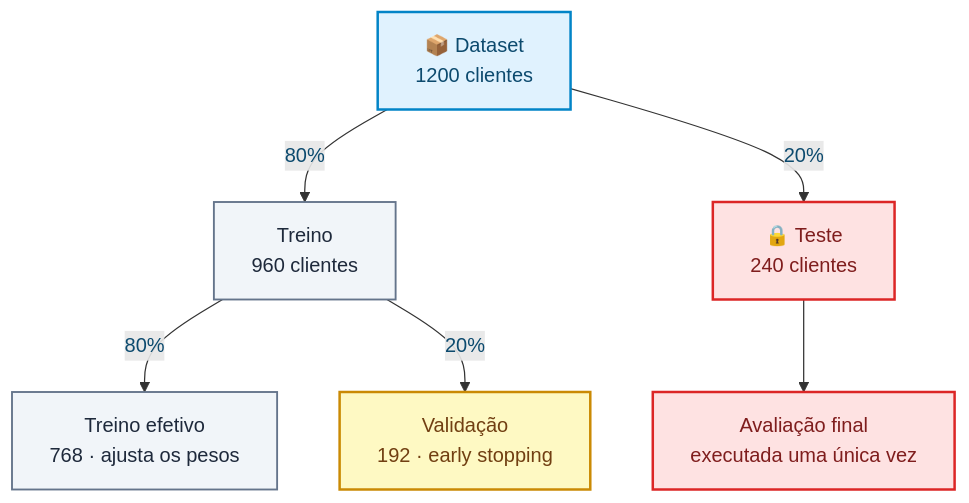
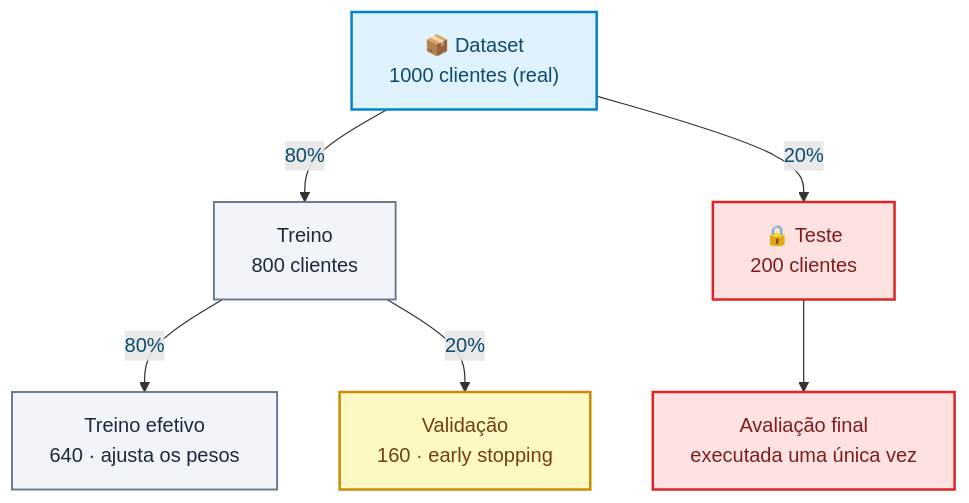
Before and after one commit to Felps03/tfjs-credit-risk-classifier: the third of 4 diagrams in README.md, drawn with Mermaid. The commit also changed other lines of this file and 1 other file, not shown here.

First line of the commit message:
Update .gitignore and README.md for dataset clarity and model adjustments

````diff
--- a/README.md
+++ b/README.md
@@ -688,19 +694,19 @@
 ```mermaid
 flowchart TD
-    A["📦 Dataset<br/>1200 clientes"]
-    A -->|80%| B["Treino<br/>960 clientes"]
-    A -->|20%| C["🔒 Teste<br/>240 clientes"]
-    B -->|80%| D["Treino efetivo<br/>768 · ajusta os pesos"]
-    B -->|20%| E["Validação<br/>192 · early stopping"]
+    A["📦 Dataset<br/>1000 clientes (real)"]
+    A -->|80%| B["Treino<br/>800 clientes"]
+    A -->|20%| C["🔒 Teste<br/>200 clientes"]
+    B -->|80%| D["Treino efetivo<br/>640 · ajusta os pesos"]
+    B -->|20%| E["Validação<br/>160 · early stopping"]
     C --> F["Avaliação final<br/>executada uma única vez"]
 
     classDef root  fill:#e0f2fe,stroke:#0284c7,stroke-width:2px,color:#0c4a6e
     classDef train fill:#f1f5f9,stroke:#64748b,stroke-width:1.5px,color:#1e293b
     classDef val   fill:#fef9c3,stroke:#ca8a04,stroke-width:2px,color:#713f12
     classDef test  fill:#fee2e2,stroke:#dc2626,stroke-width:2px,color:#7f1d1d
 
     class A root
     class B,D train
     class E val
     class C,F test
 ```
````
